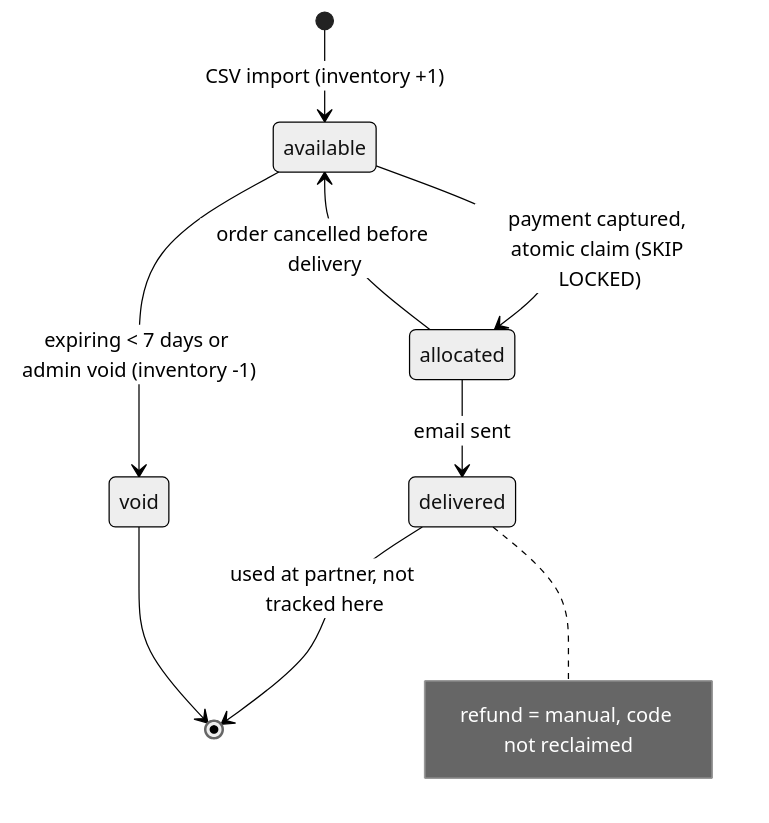
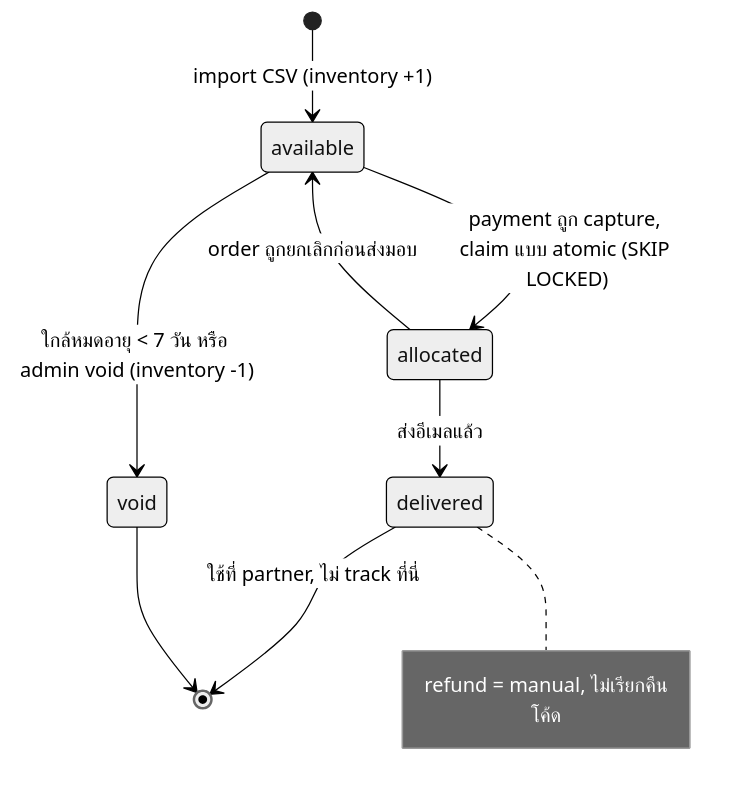
The first of 7 diagrams in docs/design/state-machines.md (techpowerdev/medusa-ecom), drawn with Mermaid (neutral theme) before and after one commit. The commit also changed other lines of this file and 25 other files, not shown here.

````diff
--- a/docs/design/state-machines.md
+++ b/docs/design/state-machines.md
@@ -7,11 +7,11 @@
 ```mermaid
 stateDiagram-v2
-  [*] --> available : CSV import (inventory +1)
-  available --> allocated : payment captured, atomic claim (SKIP LOCKED)
-  allocated --> delivered : email sent
-  allocated --> available : order cancelled before delivery
-  available --> void : expiring < 7 days or admin void (inventory -1)
-  delivered --> [*] : used at partner, not tracked here
+  [*] --> available : import CSV (inventory +1)
+  available --> allocated : payment ถูก capture, claim แบบ atomic (SKIP LOCKED)
+  allocated --> delivered : ส่งอีเมลแล้ว
+  allocated --> available : order ถูกยกเลิกก่อนส่งมอบ
+  available --> void : ใกล้หมดอายุ < 7 วัน หรือ admin void (inventory -1)
+  delivered --> [*] : ใช้ที่ partner, ไม่ track ที่นี่
   void --> [*]
-  note right of delivered : refund = manual, code not reclaimed
+  note right of delivered : refund = manual, ไม่เรียกคืนโค้ด
 ```
````
